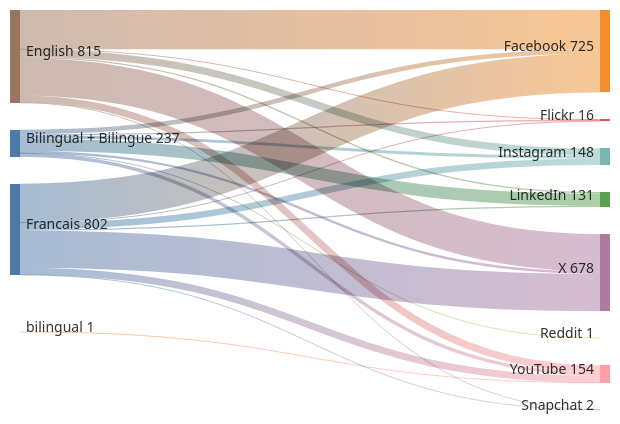
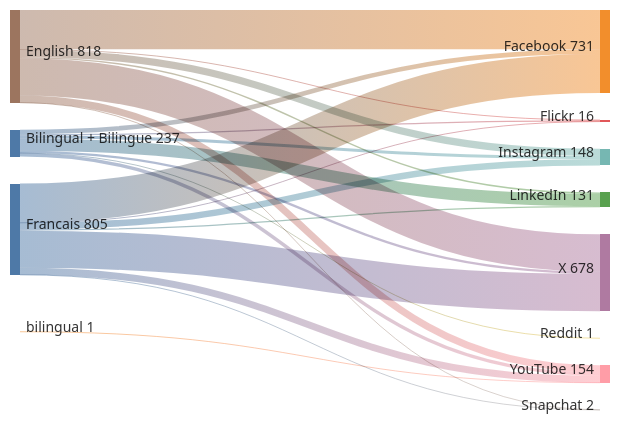
Before and after one commit to PatLittle/GC-Socials: the diagram in sankey_diagram.md, drawn with Mermaid.

Commit message:
Update Sankey diagram for the most recent day

````diff
--- a/sankey_diagram.md
+++ b/sankey_diagram.md
@@ -1,25 +1,25 @@
 ```mermaid
 sankey-beta
   Bilingual + Bilingue,Facebook,40
   Bilingual + Bilingue,Flickr,11
   Bilingual + Bilingue,Instagram,26
   Bilingual + Bilingue,LinkedIn,108
   Bilingual + Bilingue,Reddit,1
   Bilingual + Bilingue,X,21
   Bilingual + Bilingue,YouTube,30
-  English,Facebook,344
+  English,Facebook,347
   English,Flickr,3
   English,Instagram,64
   English,LinkedIn,12
   English,Snapchat,1
   English,X,329
   English,YouTube,62
-  Francais,Facebook,341
+  Francais,Facebook,344
   Francais,Flickr,2
   Francais,Instagram,58
   Francais,LinkedIn,11
   Francais,Snapchat,1
   Francais,X,328
   Francais,YouTube,61
   bilingual,YouTube,1
 ```
````
